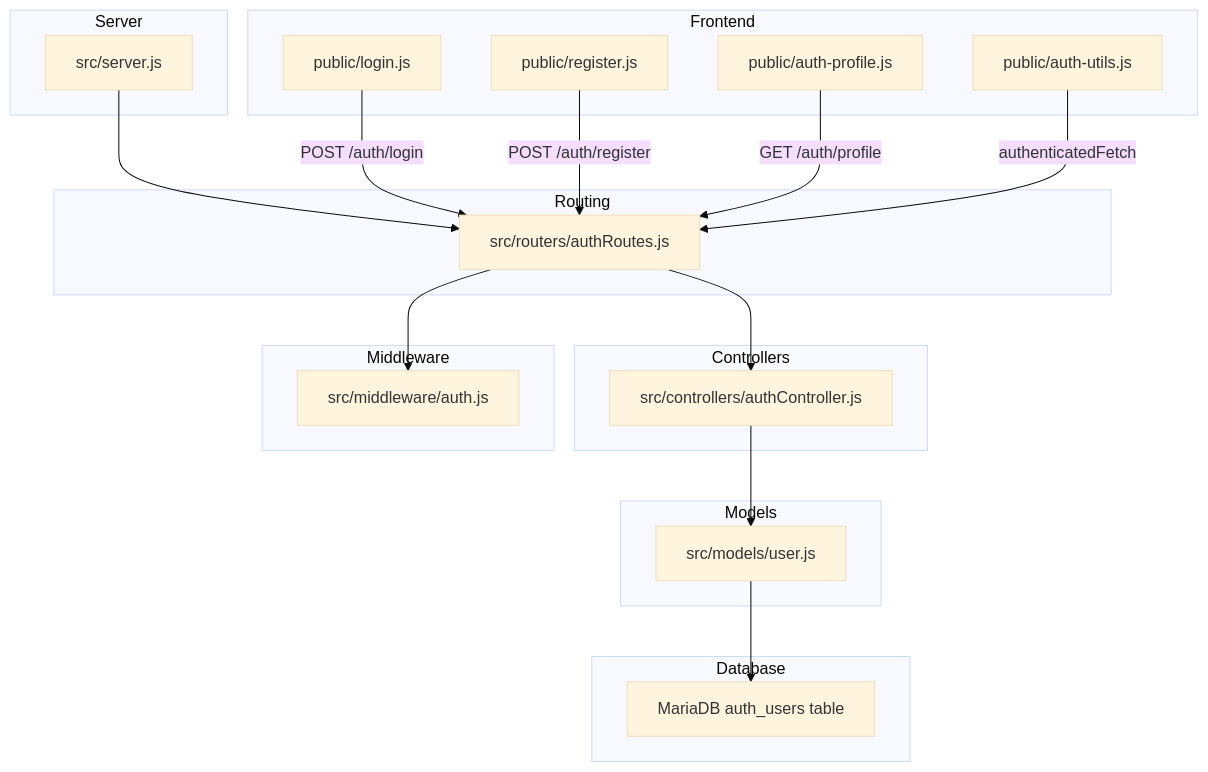
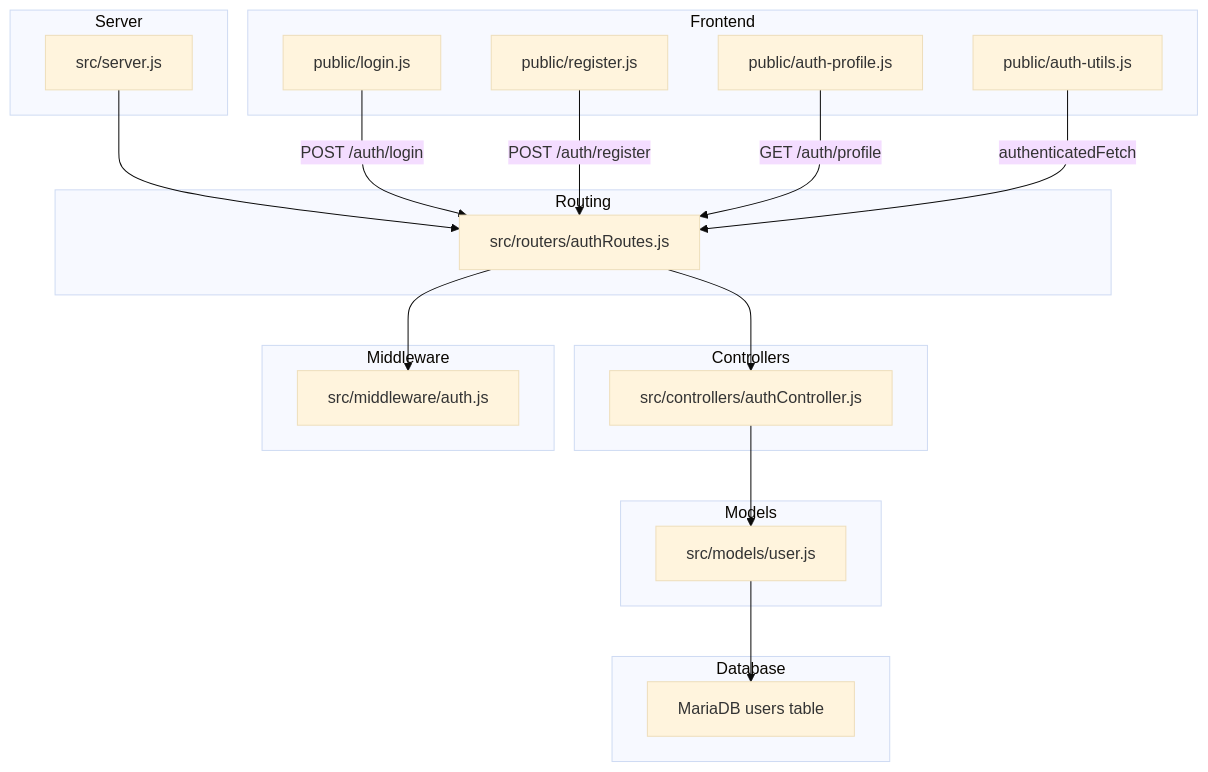
One commit to luiseduacosta/nodemural changed the first of 6 diagrams in .qoder/repowiki/en/content/API Reference/Authentication Endpoints.md. Above: the diagram before and after it, drawn with Mermaid (base theme). The commit also changed other lines of this file and 30 other files, not shown here.

Commit message:
Update tables schema.

````diff
--- a/.qoder/repowiki/en/content/API Reference/Authentication Endpoints.md
+++ b/.qoder/repowiki/en/content/API Reference/Authentication Endpoints.md
@@ -49,36 +49,36 @@
 ```mermaid
 graph TB
 subgraph "Server"
 S["src/server.js"]
 end
 subgraph "Routing"
 R["src/routers/authRoutes.js"]
 end
 subgraph "Controllers"
 C["src/controllers/authController.js"]
 end
 subgraph "Middleware"
 M["src/middleware/auth.js"]
 end
 subgraph "Models"
 U["src/models/user.js"]
 end
 subgraph "Database"
-DB["MariaDB auth_users table"]
+DB["MariaDB users table"]
 end
 subgraph "Frontend"
 F1["public/login.js"]
 F2["public/register.js"]
 F3["public/auth-profile.js"]
 F4["public/auth-utils.js"]
 end
 S --> R
 R --> C
 R --> M
 C --> U
 U --> DB
 F1 --> |"POST /auth/login"| R
 F2 --> |"POST /auth/register"| R
 F3 --> |"GET /auth/profile"| R
 F4 --> |"authenticatedFetch"| R
 ```
````
